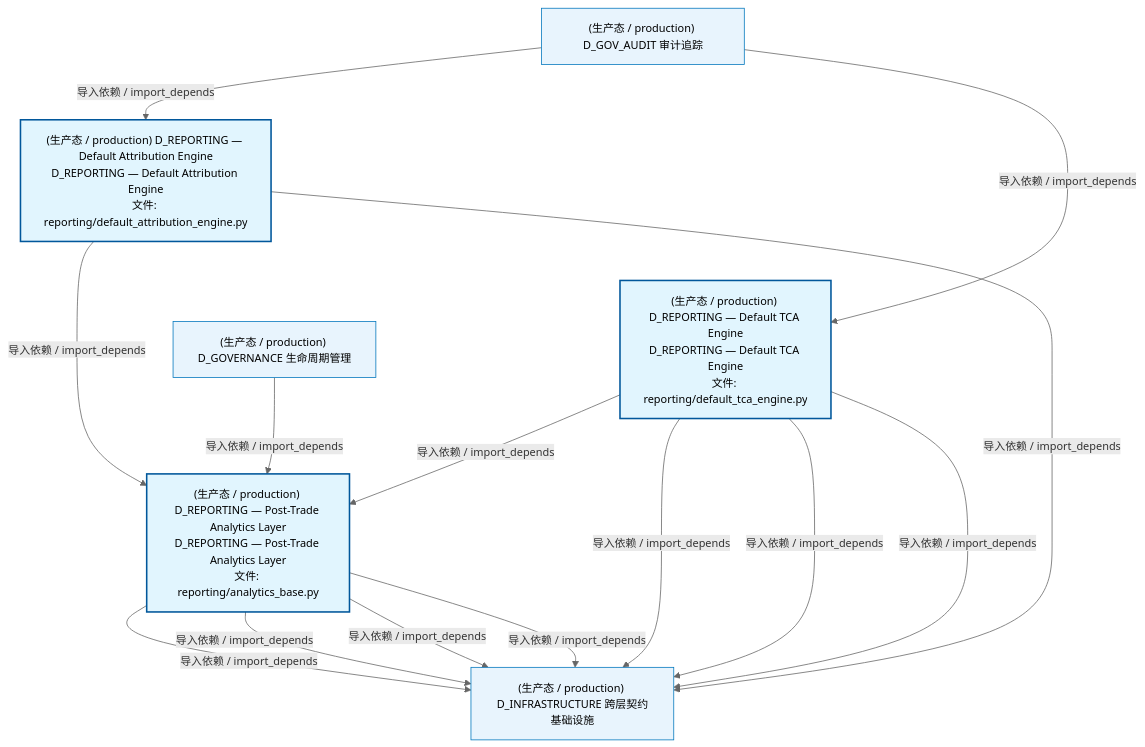
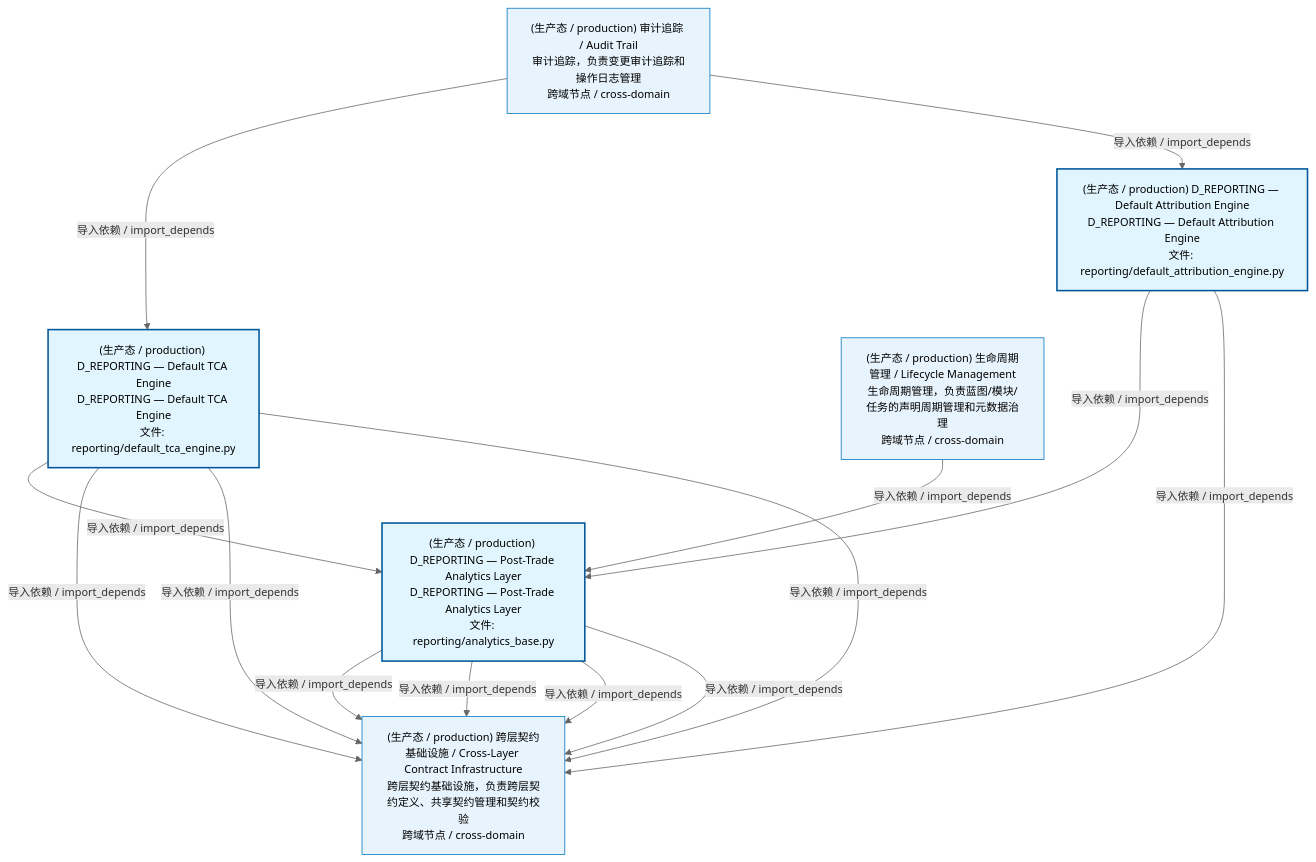
One commit to xuanFelixVan/ZephyrAlpha changed the first of 2 diagrams in docs/02_enterprise_architecture/02_domain_architecture_docs/26_d_reporting.md. Above: the diagram before and after it, drawn with Mermaid. The commit also changed other lines of this file and 77 other files, not shown here.

````diff
--- a/docs/02_enterprise_architecture/02_domain_architecture_docs/26_d_reporting.md
+++ b/docs/02_enterprise_architecture/02_domain_architecture_docs/26_d_reporting.md
@@ -53,30 +53,30 @@
 ```mermaid
 %%{init: {'theme': 'base', 'themeVariables': {'primaryColor': '#eaeaea', 'primaryTextColor': '#333333', 'primaryBorderColor': '#666666', 'lineColor': '#666666', 'secondaryColor': '#eaeaea', 'tertiaryColor': '#eaeaea', 'fontSize': '14px'}}}%%
 flowchart TD
     src_zephyr_reporting_default_attribution_engine_py["(生产态 / production) D_REPORTING — Default Attribution Engine<br/>D_REPORTING — Default Attribution Engine<br/>文件: reporting/default_attribution_engine.py"]
     src_zephyr_reporting_default_tca_engine_py["(生产态 / production) D_REPORTING — Default TCA Engine<br/>D_REPORTING — Default TCA Engine<br/>文件: reporting/default_tca_engine.py"]
     src_zephyr_reporting_default_attribution_engine_py ~~~ src_zephyr_reporting_default_tca_engine_py
     src_zephyr_reporting_analytics_base_py["(生产态 / production) D_REPORTING — Post-Trade Analytics Layer<br/>D_REPORTING — Post-Trade Analytics Layer<br/>文件: reporting/analytics_base.py"]
+    src_zephyr_reporting_default_tca_engine_py -->|导入依赖 / import_depends| src_zephyr_reporting_analytics_base_py
     src_zephyr_reporting_default_attribution_engine_py -->|导入依赖 / import_depends| src_zephyr_reporting_analytics_base_py
-    src_zephyr_reporting_default_tca_engine_py -->|导入依赖 / import_depends| src_zephyr_reporting_analytics_base_py
-    D_INFRASTRUCTURE["(生产态 / production) D_INFRASTRUCTURE 跨层契约基础设施"]
+    D_INFRASTRUCTURE["(生产态 / production) 跨层契约基础设施 / Cross-Layer Contract Infrastructure<br/>跨层契约基础设施，负责跨层契约定义、共享契约管理和契约校验<br/>跨域节点 / cross-domain"]
     src_zephyr_reporting_default_tca_engine_py -->|导入依赖 / import_depends| D_INFRASTRUCTURE
     src_zephyr_reporting_analytics_base_py -->|导入依赖 / import_depends| D_INFRASTRUCTURE
     src_zephyr_reporting_default_tca_engine_py -->|导入依赖 / import_depends| D_INFRASTRUCTURE
     src_zephyr_reporting_analytics_base_py -->|导入依赖 / import_depends| D_INFRASTRUCTURE
     src_zephyr_reporting_analytics_base_py -->|导入依赖 / import_depends| D_INFRASTRUCTURE
     src_zephyr_reporting_analytics_base_py -->|导入依赖 / import_depends| D_INFRASTRUCTURE
     src_zephyr_reporting_default_attribution_engine_py -->|导入依赖 / import_depends| D_INFRASTRUCTURE
     src_zephyr_reporting_default_tca_engine_py -->|导入依赖 / import_depends| D_INFRASTRUCTURE
-    D_GOVERNANCE["(生产态 / production) D_GOVERNANCE 生命周期管理"]
+    D_GOVERNANCE["(生产态 / production) 生命周期管理 / Lifecycle Management<br/>生命周期管理，负责蓝图/模块/任务的声明周期管理和元数据治理<br/>跨域节点 / cross-domain"]
     D_GOVERNANCE -->|导入依赖 / import_depends| src_zephyr_reporting_analytics_base_py
-    D_GOV_AUDIT["(生产态 / production) D_GOV_AUDIT 审计追踪"]
+    D_GOV_AUDIT["(生产态 / production) 审计追踪 / Audit Trail<br/>审计追踪，负责变更审计追踪和操作日志管理<br/>跨域节点 / cross-domain"]
+    D_GOV_AUDIT -->|导入依赖 / import_depends| src_zephyr_reporting_default_tca_engine_py
     D_GOV_AUDIT -->|导入依赖 / import_depends| src_zephyr_reporting_default_attribution_engine_py
-    D_GOV_AUDIT -->|导入依赖 / import_depends| src_zephyr_reporting_default_tca_engine_py
     classDef production fill:#e1f5fe,stroke:#01579b,stroke-width:2px,color:#000
     classDef design fill:#fff3e0,stroke:#e65100,stroke-width:2px,color:#000,stroke-dasharray: 5 5
     classDef external_prod fill:#e8f4fd,stroke:#0277bd,stroke-width:1px,color:#000
     classDef external_design fill:#fff8e7,stroke:#ef6c00,stroke-width:1px,color:#000,stroke-dasharray: 5 5
     class src_zephyr_reporting_analytics_base_py,src_zephyr_reporting_default_attribution_engine_py,src_zephyr_reporting_default_tca_engine_py production
     class D_INFRASTRUCTURE,D_GOVERNANCE,D_GOV_AUDIT external_prod
 ```
````
